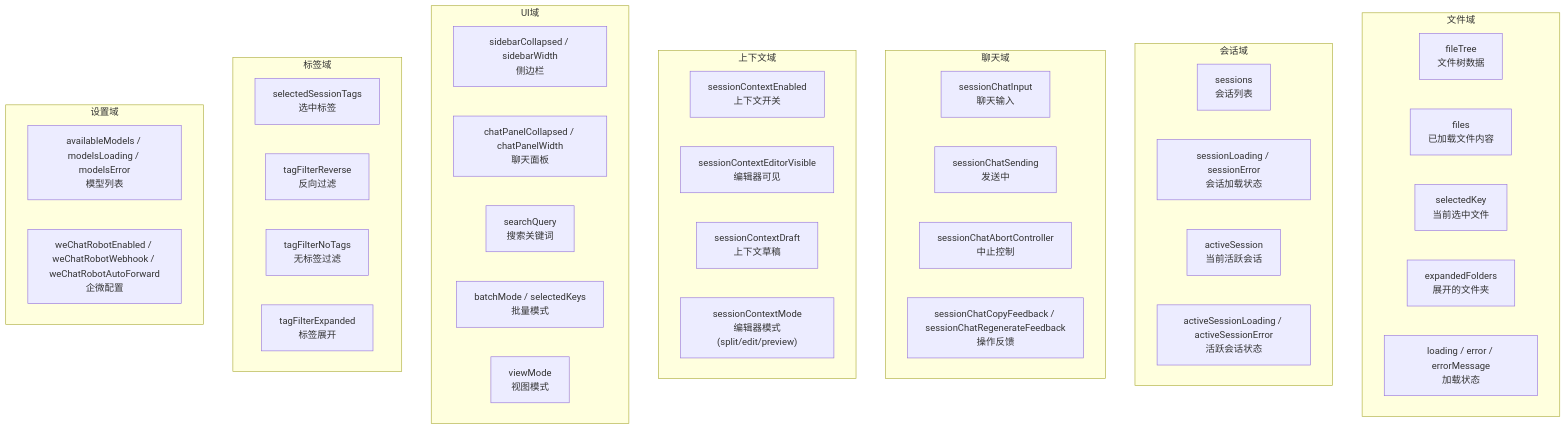
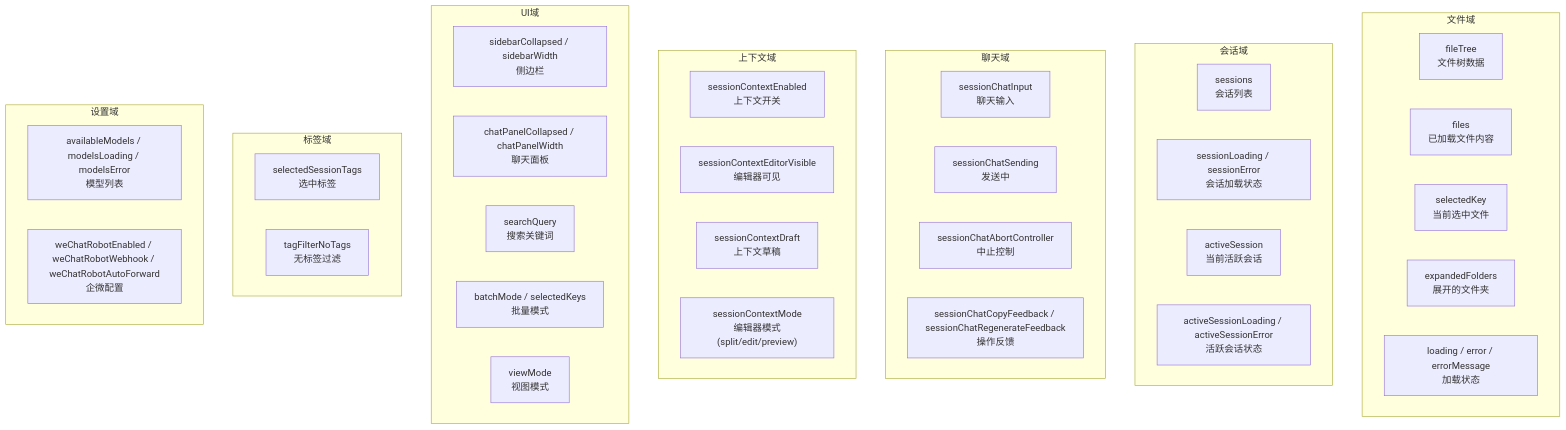
The second of 4 diagrams in docs/故事任务面板/aicr/YiWeb-04-前端技术评审.md (effiy/YiWeb), drawn with Mermaid before and after one commit. The commit also changed other lines of this file and 21 other files, not shown here.

First line of the commit message:
feat: simplify tag filter bar — remove reverse/search/expand controls

````diff
--- a/docs/故事任务面板/aicr/YiWeb-04-前端技术评审.md
+++ b/docs/故事任务面板/aicr/YiWeb-04-前端技术评审.md
@@ -210,51 +96,49 @@
 ```mermaid
 flowchart TD
     subgraph 文件域["文件域"]
         FT["fileTree<br/>文件树数据"]
         FL["files<br/>已加载文件内容"]
         SK["selectedKey<br/>当前选中文件"]
         EF["expandedFolders<br/>展开的文件夹"]
         LD["loading / error / errorMessage<br/>加载状态"]
     end
 
     subgraph 会话域["会话域"]
         SS["sessions<br/>会话列表"]
         SSL["sessionLoading / sessionError<br/>会话加载状态"]
         AS["activeSession<br/>当前活跃会话"]
         ASL["activeSessionLoading / activeSessionError<br/>活跃会话状态"]
     end
 
     subgraph 聊天域["聊天域"]
         SCI["sessionChatInput<br/>聊天输入"]
         SCS["sessionChatSending<br/>发送中"]
         SCA["sessionChatAbortController<br/>中止控制"]
         SCCF["sessionChatCopyFeedback / sessionChatRegenerateFeedback<br/>操作反馈"]
     end
 
     subgraph 上下文域["上下文域"]
         SCE["sessionContextEnabled<br/>上下文开关"]
         SCEV["sessionContextEditorVisible<br/>编辑器可见"]
         SCD["sessionContextDraft<br/>上下文草稿"]
         SCCM["sessionContextMode<br/>编辑器模式(split/edit/preview)"]
     end
 
     subgraph UI域["UI域"]
         SC["sidebarCollapsed / sidebarWidth<br/>侧边栏"]
         CPC["chatPanelCollapsed / chatPanelWidth<br/>聊天面板"]
         SQR["searchQuery<br/>搜索关键词"]
         BM["batchMode / selectedKeys<br/>批量模式"]
         VM["viewMode<br/>视图模式"]
     end
 
     subgraph 标签域["标签域"]
         SST["selectedSessionTags<br/>选中标签"]
-        TFR["tagFilterReverse<br/>反向过滤"]
         TFN["tagFilterNoTags<br/>无标签过滤"]
-        TFE["tagFilterExpanded<br/>标签展开"]
     end
 
     subgraph 设置域["设置域"]
         AM["availableModels / modelsLoading / modelsError<br/>模型列表"]
         WCR["weChatRobotEnabled / weChatRobotWebhook / weChatRobotAutoForward<br/>企微配置"]
     end
 ```
````
